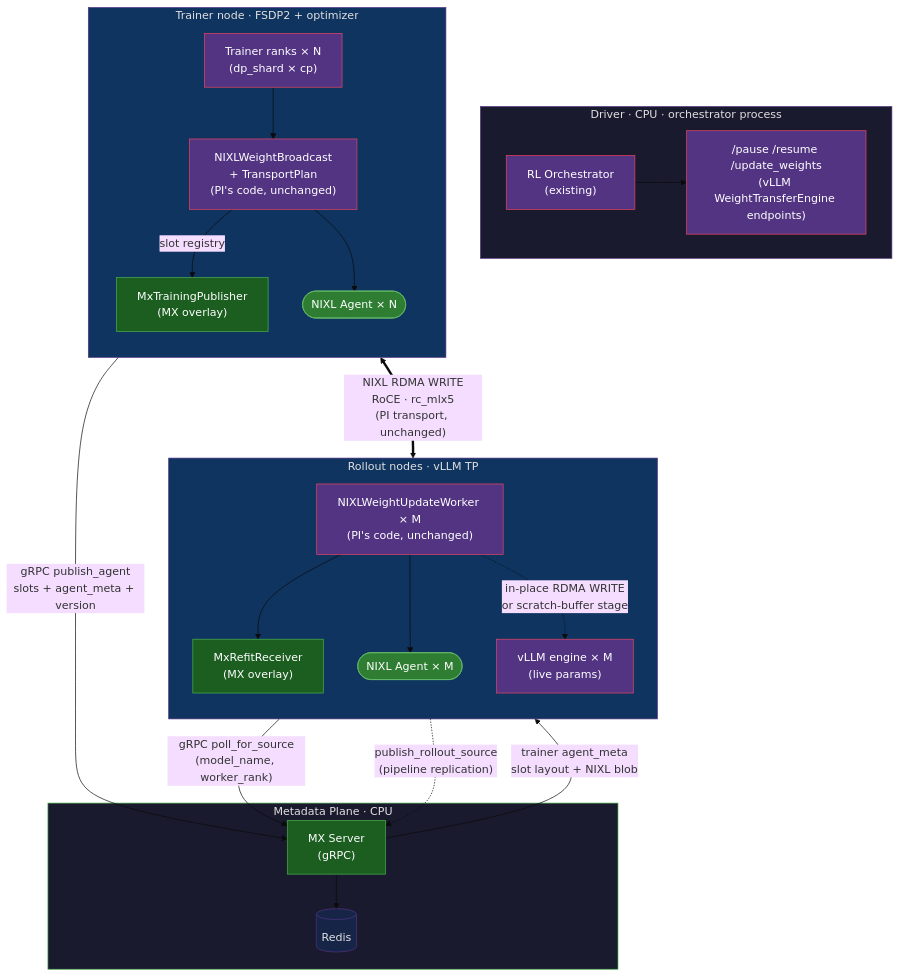
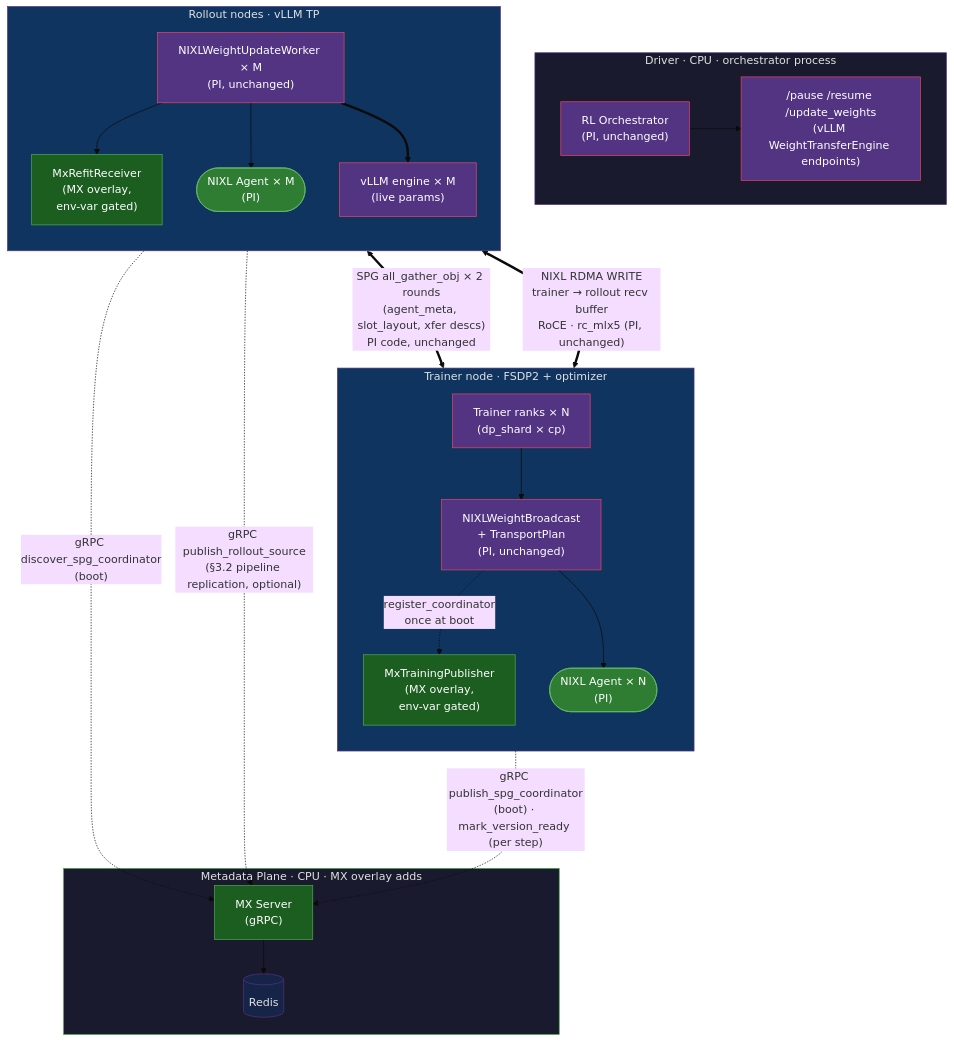
The first of 2 diagrams in docs/RL/PRIMERL_MX_OVERVIEW.md (ai-dynamo/modelexpress), drawn with Mermaid (base theme) before and after one commit. The commit also changed other lines of this file, not shown here.

First line of the commit message:
docs(RL): clarify v0.1 overlay scope in PRIMERL_MX diagrams

````diff
--- a/docs/RL/PRIMERL_MX_OVERVIEW.md
+++ b/docs/RL/PRIMERL_MX_OVERVIEW.md
@@ -34,59 +34,60 @@
 ```mermaid
 graph TB
     subgraph driver["Driver · CPU · orchestrator process"]
-        orch["RL Orchestrator<br/>(existing)"]
+        orch["RL Orchestrator<br/>(PI, unchanged)"]
         httpapi["/pause /resume /update_weights<br/>(vLLM WeightTransferEngine endpoints)"]
         orch --> httpapi
     end
 
-    subgraph mx_meta["Metadata Plane · CPU"]
+    subgraph mx_meta["Metadata Plane · CPU · MX overlay adds"]
         mx["MX Server<br/>(gRPC)"]
         redis[("Redis")]
         mx --> redis
     end
 
     subgraph trainer["Trainer node · FSDP2 + optimizer"]
         direction TB
         tw["Trainer ranks × N<br/>(dp_shard × cp)"]
-        tp["NIXLWeightBroadcast<br/>+ TransportPlan<br/>(PI's code, unchanged)"]
-        pub["MxTrainingPublisher<br/>(MX overlay)"]
-        tnixl(["NIXL Agent × N"])
+        tp["NIXLWeightBroadcast<br/>+ TransportPlan<br/>(PI, unchanged)"]
+        pub["MxTrainingPublisher<br/>(MX overlay,<br/>env-var gated)"]
+        tnixl(["NIXL Agent × N<br/>(PI)"])
         tw --> tp
-        tp -->|slot registry| pub
+        tp -.->|register_coordinator<br/>once at boot| pub
         tp --> tnixl
     end
 
     subgraph rollout["Rollout nodes · vLLM TP"]
         direction TB
-        cew["NIXLWeightUpdateWorker × M<br/>(PI's code, unchanged)"]
-        rcv["MxRefitReceiver<br/>(MX overlay)"]
-        rnixl(["NIXL Agent × M"])
+        cew["NIXLWeightUpdateWorker × M<br/>(PI, unchanged)"]
+        rcv["MxRefitReceiver<br/>(MX overlay,<br/>env-var gated)"]
+        rnixl(["NIXL Agent × M<br/>(PI)"])
         vllm["vLLM engine × M<br/>(live params)"]
         cew --> rcv
         cew --> rnixl
-        cew -. "in-place RDMA WRITE<br/>or scratch-buffer stage" .-> vllm
+        cew ==> vllm
     end
 
-    pub -- "gRPC publish_agent<br/>slots + agent_meta + version" --> mx
-    rcv -- "gRPC poll_for_source<br/>(model_name, worker_rank)" --> mx
-    mx -- "trainer agent_meta<br/>slot layout + NIXL blob" --> rcv
-    tnixl <== "NIXL RDMA WRITE<br/>RoCE · rc_mlx5<br/>(PI transport, unchanged)" ==> rnixl
-    rcv -. "publish_rollout_source<br/>(pipeline replication)" .-> mx
+    pub -. "gRPC publish_spg_coordinator<br/>(boot) · mark_version_ready (per step)" .-> mx
+    rcv -. "gRPC discover_spg_coordinator<br/>(boot)" .-> mx
+    rcv -. "gRPC publish_rollout_source<br/>(§3.2 pipeline replication, optional)" .-> mx
+
+    cew <== "SPG all_gather_obj × 2 rounds<br/>(agent_meta, slot_layout, xfer descs)<br/>PI code, unchanged" ==> tp
+    tnixl <== "NIXL RDMA WRITE<br/>trainer → rollout recv buffer<br/>RoCE · rc_mlx5 (PI, unchanged)" ==> rnixl
 
     style driver fill:#1a1a2e,stroke:#533483,color:#e0e0e0
     style mx_meta fill:#1a1a2e,stroke:#4caf50,color:#e0e0e0
     style trainer fill:#0f3460,stroke:#533483,color:#e0e0e0
     style rollout fill:#0f3460,stroke:#533483,color:#e0e0e0
     style orch fill:#533483,stroke:#e94560,color:#fff
     style httpapi fill:#533483,stroke:#e94560,color:#fff
     style tw fill:#533483,stroke:#e94560,color:#fff
     style tp fill:#533483,stroke:#e94560,color:#fff
     style cew fill:#533483,stroke:#e94560,color:#fff
     style vllm fill:#533483,stroke:#e94560,color:#fff
     style pub fill:#1b5e20,stroke:#4caf50,color:#fff
     style rcv fill:#1b5e20,stroke:#4caf50,color:#fff
     style mx fill:#1b5e20,stroke:#4caf50,color:#fff
     style tnixl fill:#2e7d32,stroke:#66bb6a,color:#fff
     style rnixl fill:#2e7d32,stroke:#66bb6a,color:#fff
     style redis fill:#162447,stroke:#533483,color:#e0e0e0
 ```
````
